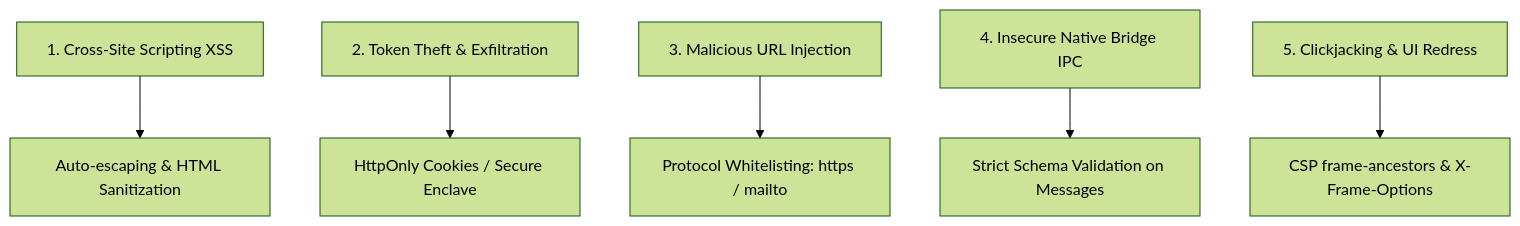
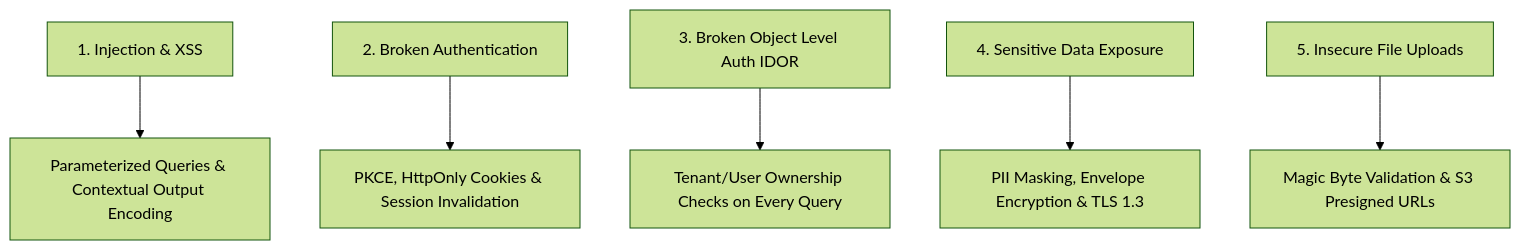
Before and after one commit to juwelzan/human-ui-engineering: the diagram in engineering/security.md, drawn with Mermaid (forest theme). The commit also changed other lines of this file and 59 other files, not shown here.

````diff
--- a/engineering/security.md
+++ b/engineering/security.md
@@ -17,8 +21,8 @@
 ```mermaid
 flowchart TD
-    T1[1. Cross-Site Scripting XSS] --> D1[Auto-escaping & HTML Sanitization]
-    T2[2. Token Theft & Exfiltration] --> D2[HttpOnly Cookies / Secure Enclave]
-    T3[3. Malicious URL Injection] --> D3[Protocol Whitelisting: https / mailto]
-    T4[4. Insecure Native Bridge IPC] --> D4[Strict Schema Validation on Messages]
-    T5[5. Clickjacking & UI Redress] --> D5[CSP frame-ancestors & X-Frame-Options]
+    T1[1. Injection & XSS] --> D1[Parameterized Queries & Contextual Output Encoding]
+    T2[2. Broken Authentication] --> D2[PKCE, HttpOnly Cookies & Session Invalidation]
+    T3[3. Broken Object Level Auth IDOR] --> D3[Tenant/User Ownership Checks on Every Query]
+    T4[4. Sensitive Data Exposure] --> D4[PII Masking, Envelope Encryption & TLS 1.3]
+    T5[5. Insecure File Uploads] --> D5[Magic Byte Validation & S3 Presigned URLs]
 ```
````
